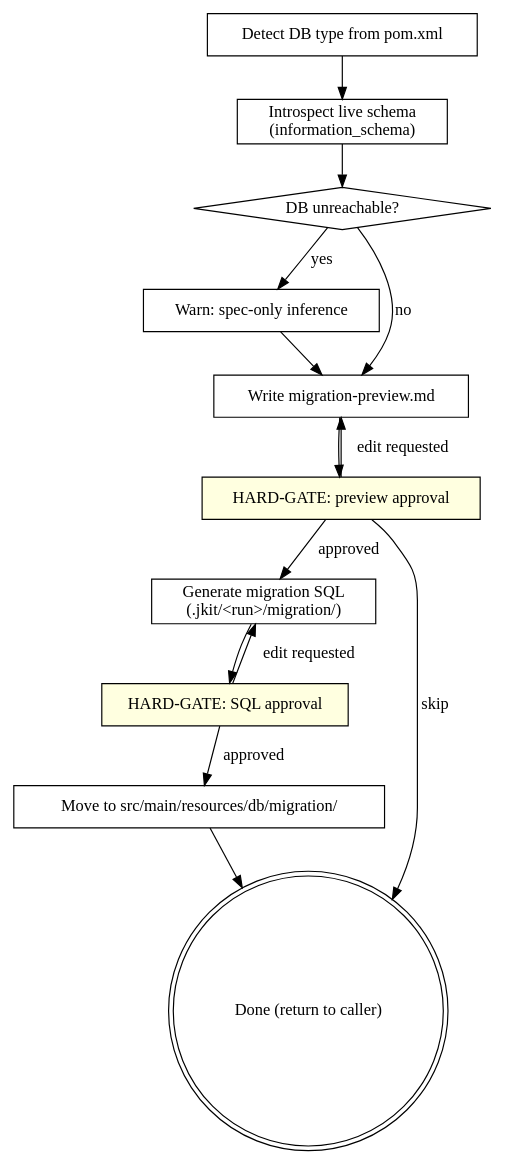
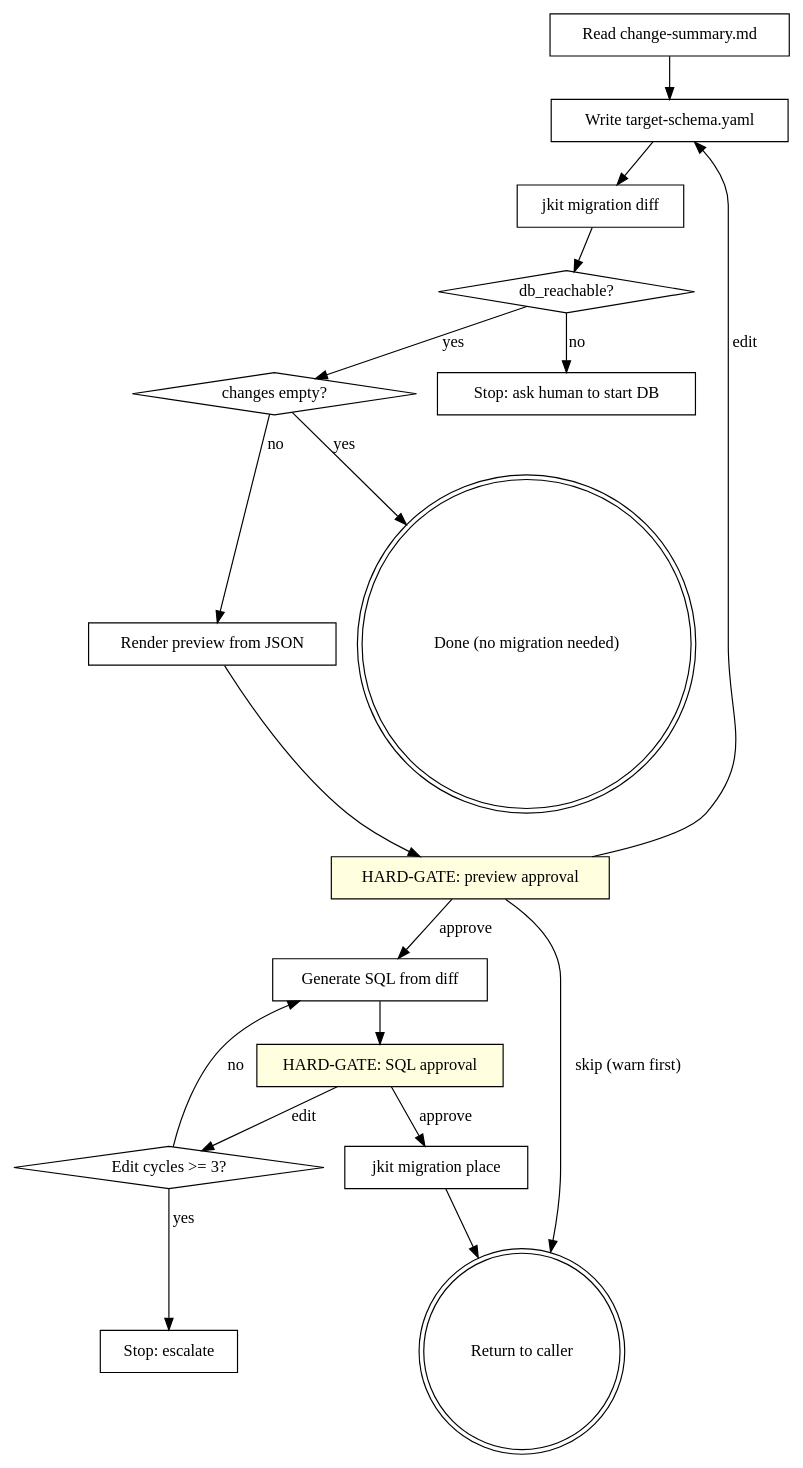
Before and after one commit to honghaowuu/jkit: the diagram in skills/sql-migration/SKILL.md, drawn with Graphviz. The commit also changed other lines of this file and 1 other file, not shown here.

First line of the commit message:
feat: add jkit migration PRD; rewrite sql-migration skill

````diff
--- a/skills/sql-migration/SKILL.md
+++ b/skills/sql-migration/SKILL.md
@@ -19,28 +34,37 @@
 ```dot
 digraph sql_migration {
-    "Detect DB type from pom.xml" [shape=box];
-    "Introspect live schema\n(information_schema)" [shape=box];
-    "DB unreachable?" [shape=diamond];
-    "Warn: spec-only inference" [shape=box];
-    "Write migration-preview.md" [shape=box];
+    "Read change-summary.md" [shape=box];
+    "Write target-schema.yaml" [shape=box];
+    "jkit migration diff" [shape=box];
+    "db_reachable?" [shape=diamond];
+    "Stop: ask human to start DB" [shape=box];
+    "changes empty?" [shape=diamond];
+    "Done (no migration needed)" [shape=doublecircle];
+    "Render preview from JSON" [shape=box];
     "HARD-GATE: preview approval" [shape=box style=filled fillcolor=lightyellow];
-    "Generate migration SQL\n(.jkit/<run>/migration/)" [shape=box];
+    "Generate SQL from diff" [shape=box];
     "HARD-GATE: SQL approval" [shape=box style=filled fillcolor=lightyellow];
-    "Move to src/main/resources/db/migration/" [shape=box];
-    "Done (return to caller)" [shape=doublecircle];
+    "Edit cycles >= 3?" [shape=diamond];
+    "Stop: escalate" [shape=box];
+    "jkit migration place" [shape=box];
+    "Return to caller" [shape=doublecircle];
 
-    "Detect DB type from pom.xml" -> "Introspect live schema\n(information_schema)";
-    "Introspect live schema\n(information_schema)" -> "DB unreachable?";
-    "DB unreachable?" -> "Warn: spec-only inference" [label="yes"];
-    "DB unreachable?" -> "Write migration-preview.md" [label="no"];
-    "Warn: spec-only inference" -> "Write migration-preview.md";
-    "Write migration-preview.md" -> "HARD-GATE: preview approval";
-    "HARD-GATE: preview approval" -> "Generate migration SQL\n(.jkit/<run>/migration/)" [label="approved"];
-    "HARD-GATE: preview approval" -> "Write migration-preview.md" [label="edit requested"];
-    "HARD-GATE: preview approval" -> "Done (return to caller)" [label="skip"];
-    "Generate migration SQL\n(.jkit/<run>/migration/)" -> "HARD-GATE: SQL approval";
-    "HARD-GATE: SQL approval" -> "Move to src/main/resources/db/migration/" [label="approved"];
-    "HARD-GATE: SQL approval" -> "Generate migration SQL\n(.jkit/<run>/migration/)" [label="edit requested"];
-    "Move to src/main/resources/db/migration/" -> "Done (return to caller)";
+    "Read change-summary.md" -> "Write target-schema.yaml";
+    "Write target-schema.yaml" -> "jkit migration diff";
+    "jkit migration diff" -> "db_reachable?";
+    "db_reachable?" -> "Stop: ask human to start DB" [label="no"];
+    "db_reachable?" -> "changes empty?" [label="yes"];
+    "changes empty?" -> "Done (no migration needed)" [label="yes"];
+    "changes empty?" -> "Render preview from JSON" [label="no"];
+    "Render preview from JSON" -> "HARD-GATE: preview approval";
+    "HARD-GATE: preview approval" -> "Write target-schema.yaml" [label="edit"];
+    "HARD-GATE: preview approval" -> "Generate SQL from diff" [label="approve"];
+    "HARD-GATE: preview approval" -> "Return to caller" [label="skip (warn first)"];
+    "Generate SQL from diff" -> "HARD-GATE: SQL approval";
+    "HARD-GATE: SQL approval" -> "jkit migration place" [label="approve"];
+    "HARD-GATE: SQL approval" -> "Edit cycles >= 3?" [label="edit"];
+    "Edit cycles >= 3?" -> "Stop: escalate" [label="yes"];
+    "Edit cycles >= 3?" -> "Generate SQL from diff" [label="no"];
+    "jkit migration place" -> "Return to caller";
 }
 ```
````
